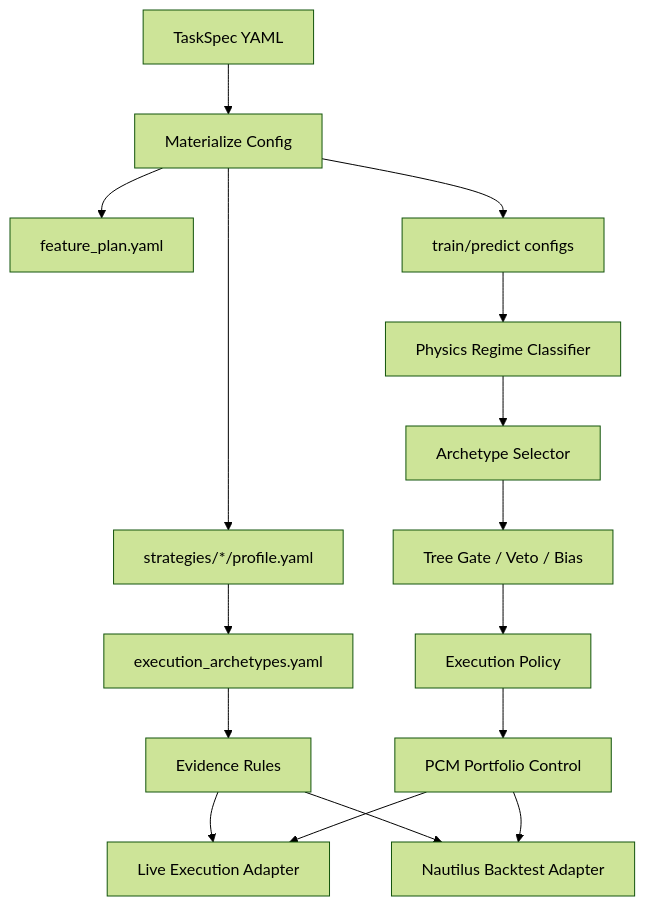
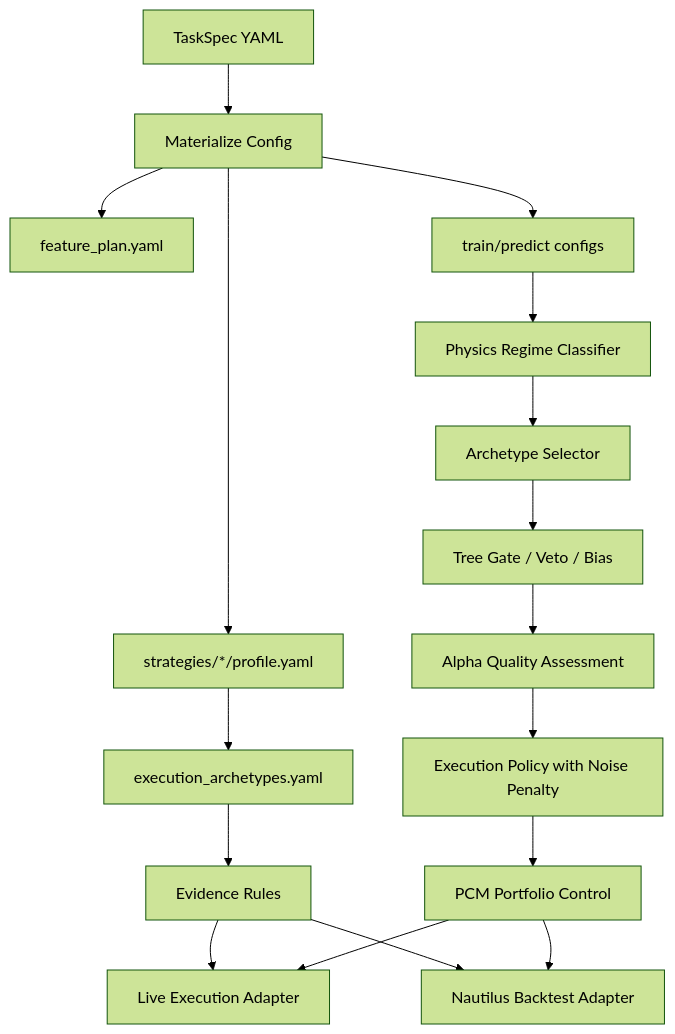
The first of 3 diagrams in docs/ARCHITECTURE.md (SnYang096/ml-trading-bot), drawn with Mermaid (forest theme) before and after one commit. The commit also changed other lines of this file and 37 other files, not shown here.

````diff
--- a/docs/ARCHITECTURE.md
+++ b/docs/ARCHITECTURE.md
@@ -92,18 +111,19 @@
 ```mermaid
 flowchart TD
   TaskSpec[TaskSpec YAML] --> Materialize[Materialize Config]
   Materialize --> FeaturePlan[feature_plan.yaml]
   Materialize --> ModelCfg[train/predict configs]
   Materialize --> StratProfiles[strategies/*/profile.yaml]
   StratProfiles --> ExecRegistry[execution_archetypes.yaml]
   ExecRegistry --> EvidenceRules[Evidence Rules]
   EvidenceRules --> LiveExec[Live Execution Adapter]
   EvidenceRules --> Backtest[Nautilus Backtest Adapter]
   ModelCfg --> Regime[Physics Regime Classifier]
   Regime --> Archetype[Archetype Selector]
   Archetype --> Gate[Tree Gate / Veto / Bias]
-  Gate --> ExecPolicy[Execution Policy]
+  Gate --> Evidence[Alpha Quality Assessment]
+  Evidence --> ExecPolicy[Execution Policy with Noise Penalty]
   ExecPolicy --> PCM[PCM Portfolio Control]
   PCM --> LiveExec
   PCM --> Backtest
 ```
````
